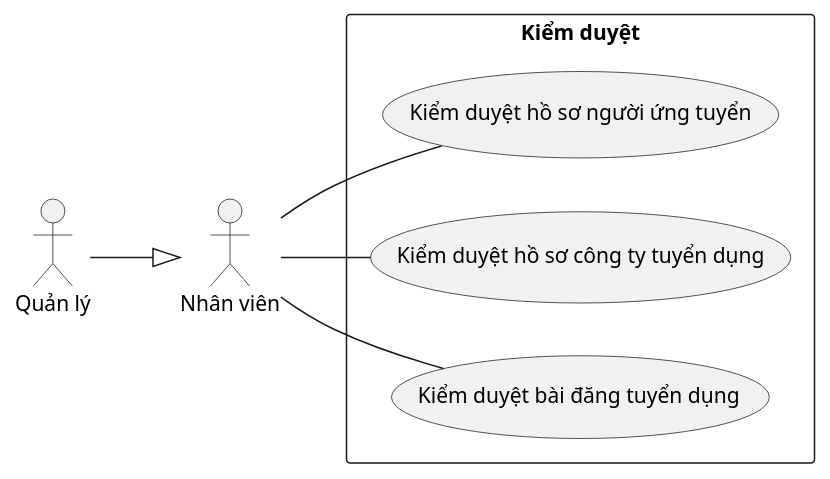
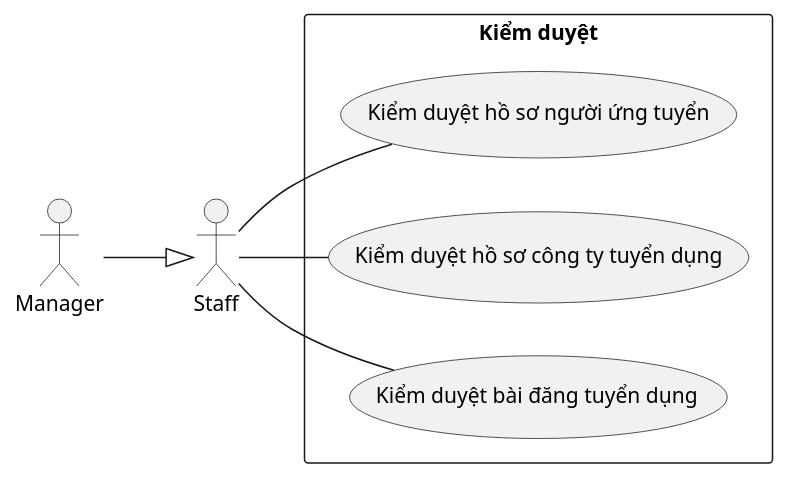
One commit to Griselda4774/EAS-EmploymentAssistanceSystem changed the diagram in Lab1/Lab 1.2 Diagram/Use case/FilePUML/15. KiemDuyet.puml. Above: the diagram before and after it, drawn with PlantUML. The commit also changed 79 other files, not shown here.

```diff
--- a/Lab1/Lab 1.2 Diagram/Use case/FilePUML/15. KiemDuyet.puml
+++ b/Lab1/Lab 1.2 Diagram/Use case/FilePUML/15. KiemDuyet.puml
@@ -1,19 +1,19 @@
 @startuml KiemDuyet
 left to right direction
 
-actor "Quản lý" as quanLy
-actor "Nhân viên" as nhanVien
+actor "Manager" as quanLy
+actor "Staff" as nhanVien
 
 rectangle "Kiểm duyệt" {
     usecase "Kiểm duyệt hồ sơ người ứng tuyển" as kiemDuyetHoSoNguoiUngTuyen
     usecase "Kiểm duyệt hồ sơ công ty tuyển dụng" as kiemDuyetHoSoCongTyTuyenDung
     usecase "Kiểm duyệt bài đăng tuyển dụng" as kiemDuyetBaiDangTuyenDung
 }
 
 nhanVien -- kiemDuyetHoSoNguoiUngTuyen
 nhanVien -- kiemDuyetHoSoCongTyTuyenDung
 nhanVien -- kiemDuyetBaiDangTuyenDung
 
 quanLy --^ nhanVien
 
 @enduml
```
